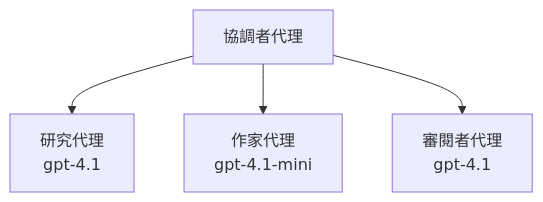
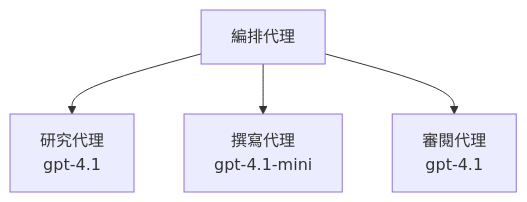
The third of 3 diagrams in translations/zh-MO/docs/chapter-02-ai-development/agents.md (microsoft/AZD-for-beginners), drawn with Mermaid before and after one commit. The commit also changed other lines of this file and 104 other files, not shown here.

````diff
--- a/translations/zh-MO/docs/chapter-02-ai-development/agents.md
+++ b/translations/zh-MO/docs/chapter-02-ai-development/agents.md
@@ -194,6 +201,6 @@
 ```mermaid
 graph TD
-    Orchestrator[協調者代理] --> Research[研究代理<br/>gpt-4.1]
-    Orchestrator --> Writer[作家代理<br/>gpt-4.1-mini]
-    Orchestrator --> Reviewer[審閱者代理<br/>gpt-4.1]
+    Orchestrator[編排代理] --> Research[研究代理<br/>gpt-4.1]
+    Orchestrator --> Writer[撰寫代理<br/>gpt-4.1-mini]
+    Orchestrator --> Reviewer[審閱代理<br/>gpt-4.1]
 ```
````
